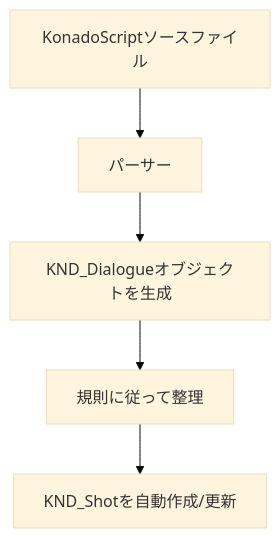
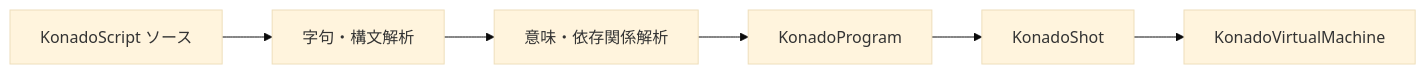
One commit to DSOE1024/konado changed the diagram in docs/ja/latest/tutorial/core/shot-and-dialogue.md. Above: the diagram before and after it, drawn with Mermaid (base theme). The commit also changed other lines of this file and 110 other files, not shown here.

````diff
--- a/docs/ja/latest/tutorial/core/shot-and-dialogue.md
+++ b/docs/ja/latest/tutorial/core/shot-and-dialogue.md
@@ -32,8 +24,8 @@
 ```mermaid
-graph TD
-    A["KonadoScriptソースファイル"] --> B["パーサー"]
-    B --> C["KND_Dialogueオブジェクトを生成"]
-    C --> D["規則に従って整理"]
-    D --> E["KND_Shotを自動作成/更新"]
-
+graph LR
+    A["KonadoScript ソース"] --> B["字句・構文解析"]
+    B --> C["意味・依存関係解析"]
+    C --> D["KonadoProgram"]
+    D --> E["KonadoShot"]
+    E --> F["KonadoVirtualMachine"]
 ```
````
